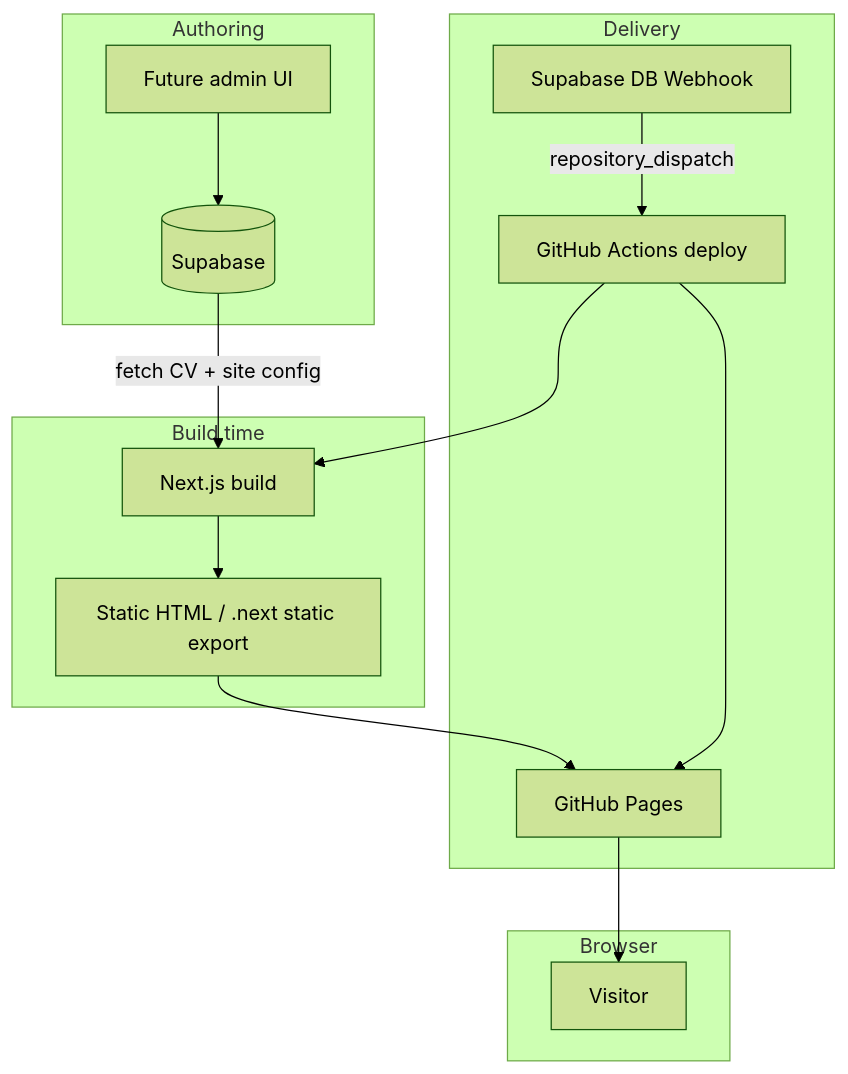
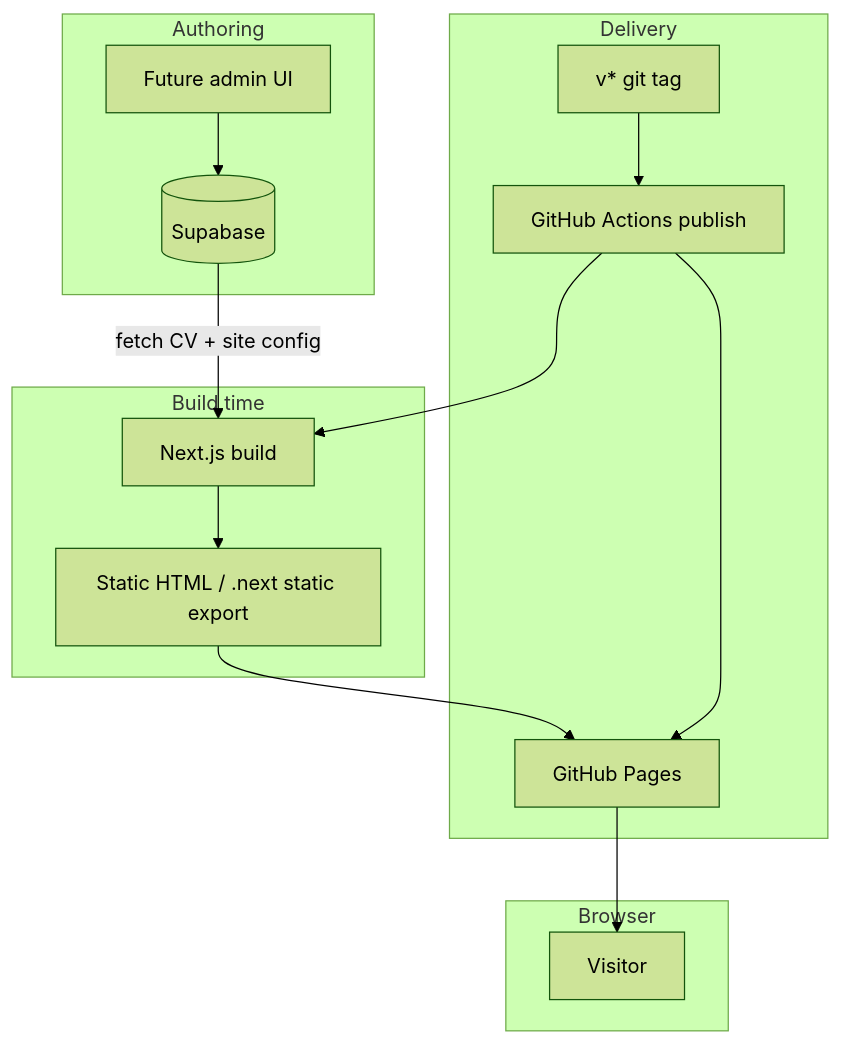
The first of 2 diagrams in docs/projects/next-shadcn-supabase-rewrite.md (95gabor/cv), drawn with Mermaid (forest theme) before and after one commit. The commit also changed other lines of this file and 153 other files, not shown here.

````diff
--- a/docs/projects/next-shadcn-supabase-rewrite.md
+++ b/docs/projects/next-shadcn-supabase-rewrite.md
@@ -51,23 +51,23 @@
 ```mermaid
 flowchart TB
     subgraph authoring [Authoring]
         Admin[Future admin UI]
         Admin --> SB[(Supabase)]
     end
 
     subgraph build [Build time]
         SB -->|fetch CV + site config| Next[Next.js build]
         Next --> Static[Static HTML / .next static export]
     end
 
     subgraph delivery [Delivery]
         Static --> Pages[GitHub Pages]
-        WH[Supabase DB Webhook] -->|repository_dispatch| CI[GitHub Actions deploy]
+        Tag[v* git tag] --> CI[GitHub Actions publish]
         CI --> Next
         CI --> Pages
     end
 
     subgraph client [Browser]
         Pages --> User[Visitor]
     end
 ```
````
